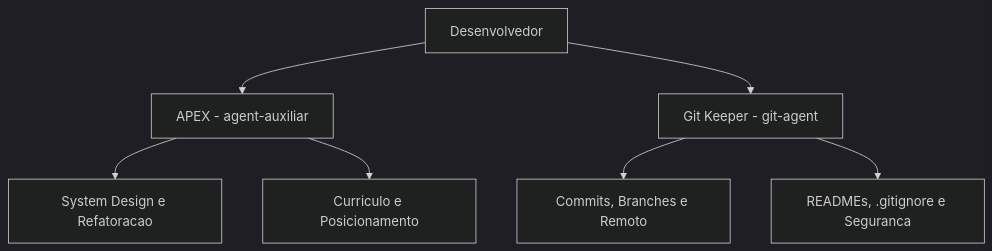
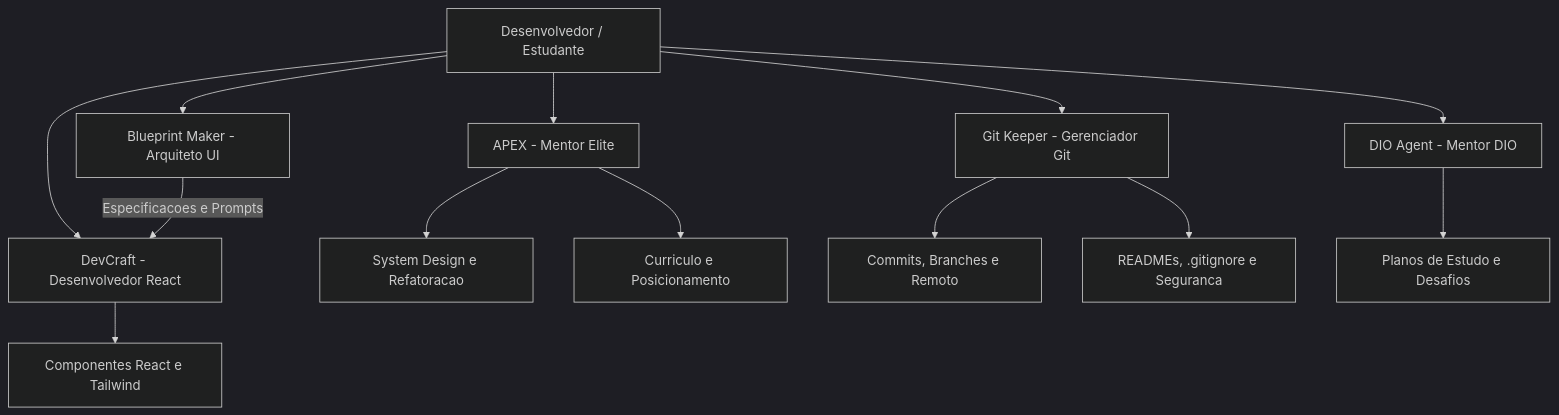
Before and after one commit to Rafael-Boaro/agentes: the diagram in README.md, drawn with Mermaid (dark theme). The commit also changed other lines of this file, not shown here.

````diff
--- a/README.md
+++ b/README.md
@@ -43,9 +71,16 @@
 ```mermaid
 flowchart TD
-    User[Desenvolvedor] --> APEX[APEX - agent-auxiliar]
-    User --> GitKeeper[Git Keeper - git-agent]
+    User[Desenvolvedor / Estudante] --> APEX[APEX - Mentor Elite]
+    User --> GitKeeper[Git Keeper - Gerenciador Git]
+    User --> Blueprint[Blueprint Maker - Arquiteto UI]
+    User --> Frontend[DevCraft - Desenvolvedor React]
+    User --> DIOAgent[DIO Agent - Mentor DIO]
+    
+    Blueprint -->|Especificacoes e Prompts| Frontend
     APEX --> Arch[System Design e Refatoracao]
     APEX --> Career[Curriculo e Posicionamento]
     GitKeeper --> GitFlow[Commits, Branches e Remoto]
     GitKeeper --> Quality[READMEs, .gitignore e Seguranca]
+    DIOAgent --> Learning[Planos de Estudo e Desafios]
+    Frontend --> Code[Componentes React e Tailwind]
 ```
````
